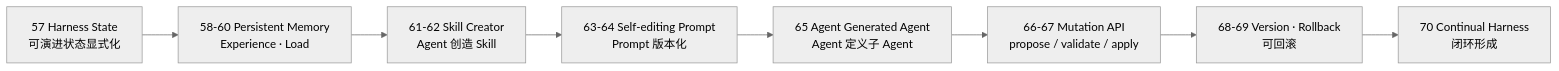
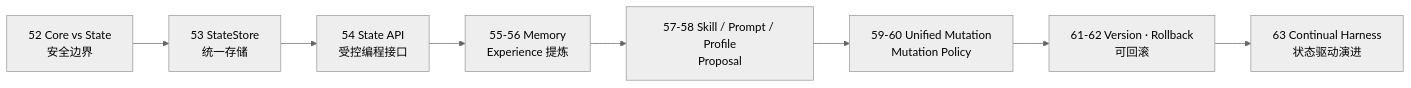
The third of 4 diagrams in docs/zh/tutorials/stage-6-hello-continual-harness/index.md (liuyueyi/hello-harness), drawn with Mermaid (neutral theme) before and after one commit. The commit also changed other lines of this file and 87 other files, not shown here.

````diff
--- a/docs/zh/tutorials/stage-6-hello-continual-harness/index.md
+++ b/docs/zh/tutorials/stage-6-hello-continual-harness/index.md
@@ -92,10 +101,10 @@
 ```mermaid
 flowchart LR
-  A[57 Harness State<br/>可演进状态显式化] --> B[58-60 Persistent Memory<br/>Experience · Load]
-  B --> C[61-62 Skill Creator<br/>Agent 创造 Skill]
-  C --> D[63-64 Self-editing Prompt<br/>Prompt 版本化]
-  D --> E[65 Agent Generated Agent<br/>Agent 定义子 Agent]
-  E --> F[66-67 Mutation API<br/>propose / validate / apply]
-  F --> G[68-69 Version · Rollback<br/>可回滚]
-  G --> H[70 Continual Harness<br/>闭环形成]
+  A[52 Core vs State<br/>安全边界] --> B[53 StateStore<br/>统一存储]
+  B --> C[54 State API<br/>受控编程接口]
+  C --> D[55-56 Memory<br/>Experience 提炼]
+  D --> E[57-58 Skill / Prompt / Profile<br/>Proposal]
+  E --> F[59-60 Unified Mutation<br/>Mutation Policy]
+  F --> G[61-62 Version · Rollback<br/>可回滚]
+  G --> H[63 Continual Harness<br/>状态驱动演进]
 ```
````
